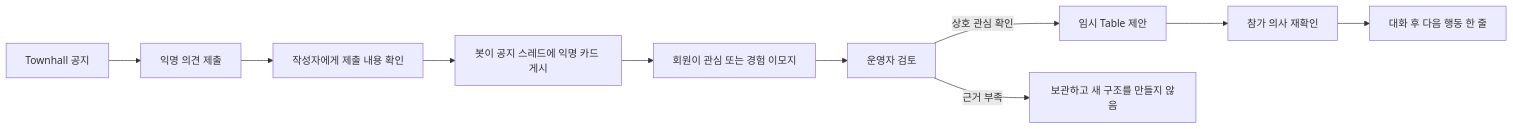
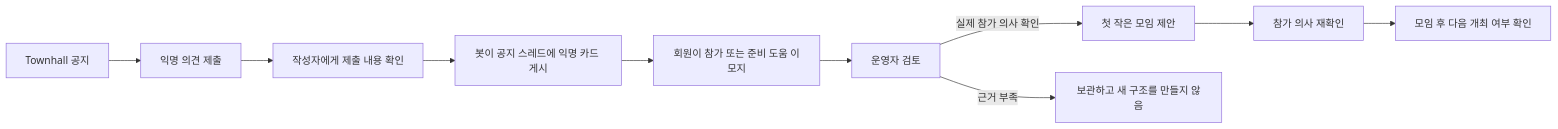
The diagram in docs/research/PRIVATE_HOUSE.md (Betalgeuse/ot1l), drawn with Mermaid before and after one commit. The commit also changed other lines of this file and 2 other files, not shown here.

````diff
--- a/docs/research/PRIVATE_HOUSE.md
+++ b/docs/research/PRIVATE_HOUSE.md
@@ -152,12 +148,12 @@
 ```mermaid
 flowchart LR
     A[Townhall 공지] --> B[익명 의견 제출]
     B --> C[작성자에게 제출 내용 확인]
     C --> D[봇이 공지 스레드에 익명 카드 게시]
-    D --> E[회원이 관심 또는 경험 이모지]
+    D --> E[회원이 참가 또는 준비 도움 이모지]
     E --> F[운영자 검토]
-    F -->|상호 관심 확인| G[임시 Table 제안]
+    F -->|실제 참가 의사 확인| G[첫 작은 모임 제안]
     F -->|근거 부족| H[보관하고 새 구조를 만들지 않음]
     G --> I[참가 의사 재확인]
-    I --> J[대화 후 다음 행동 한 줄]
+    I --> J[모임 후 다음 개최 여부 확인]
 ```
````
